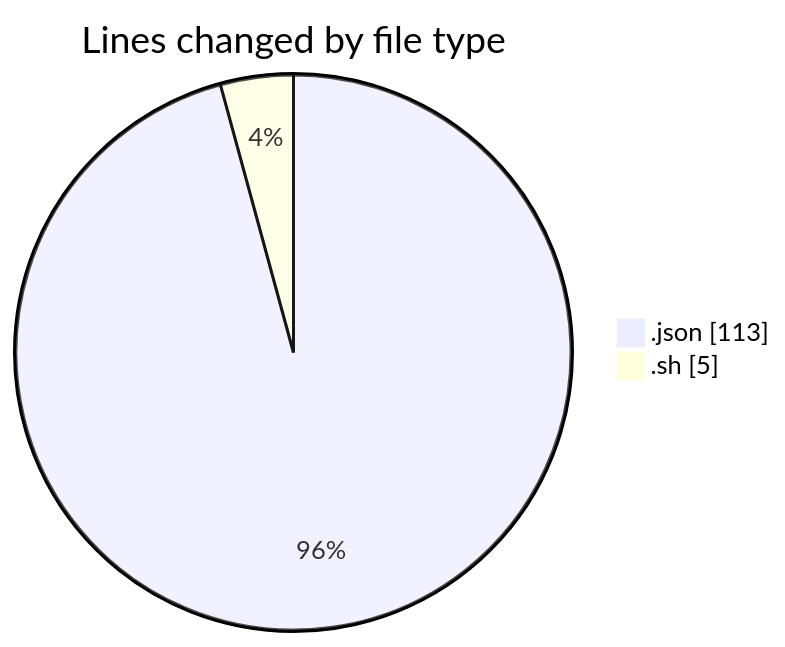
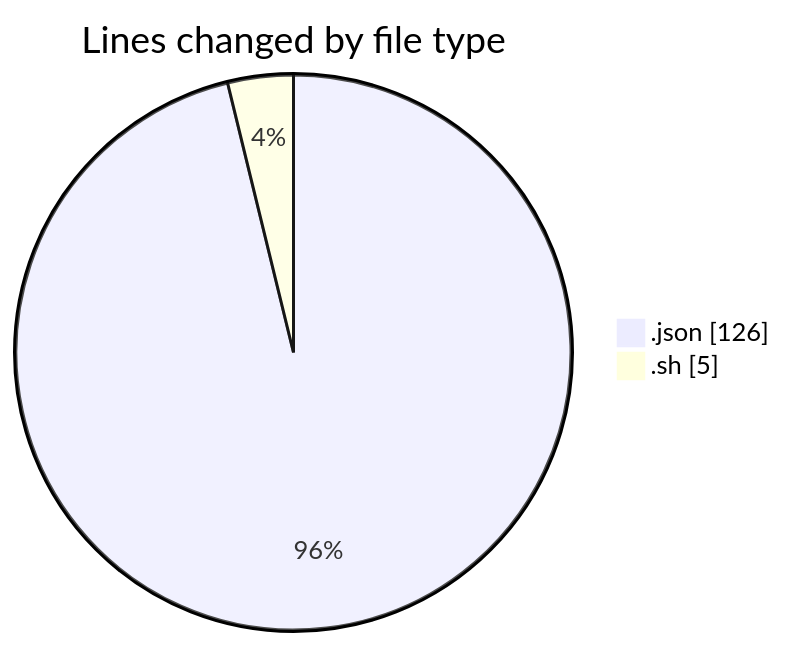
One commit to EIIisD/code-tracking changed the first of 2 diagrams in 2025-07-31/_claude/README.md. Above: the diagram before and after it, drawn with Mermaid. The commit also changed other lines of this file and 1 other file, not shown here.

````diff
--- a/2025-07-31/_claude/README.md
+++ b/2025-07-31/_claude/README.md
@@ -21,6 +21,6 @@
 ```mermaid
 pie showData
 title Lines changed by file type
-".json" : 113
+".json" : 126
 ".sh" : 5
 ```
````
